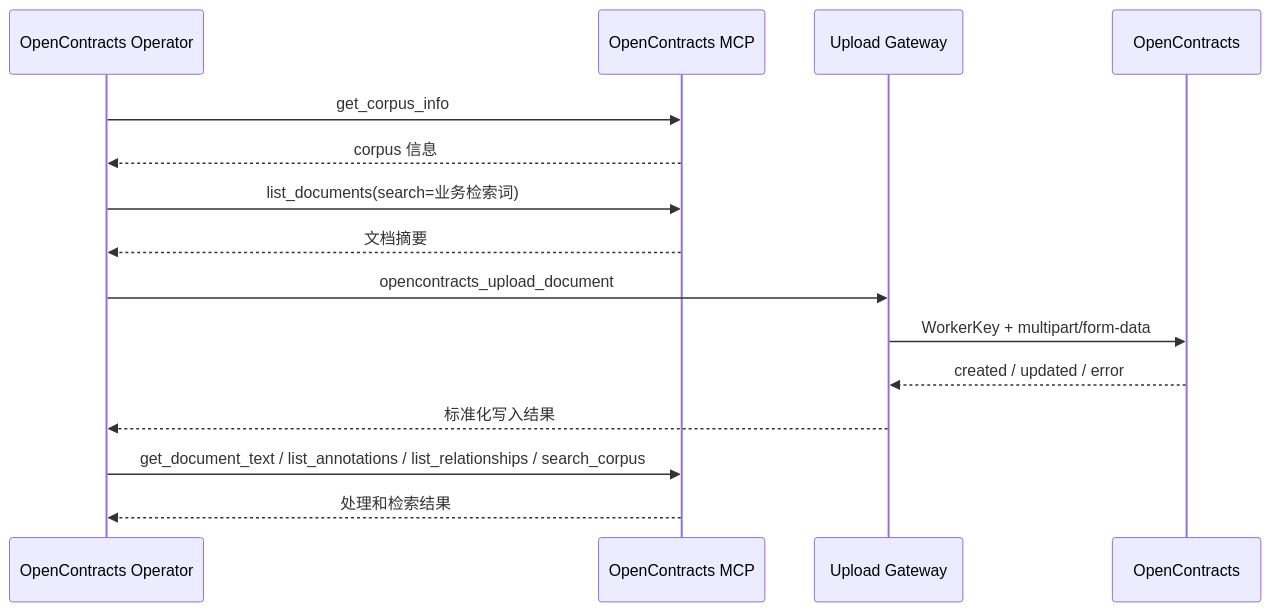
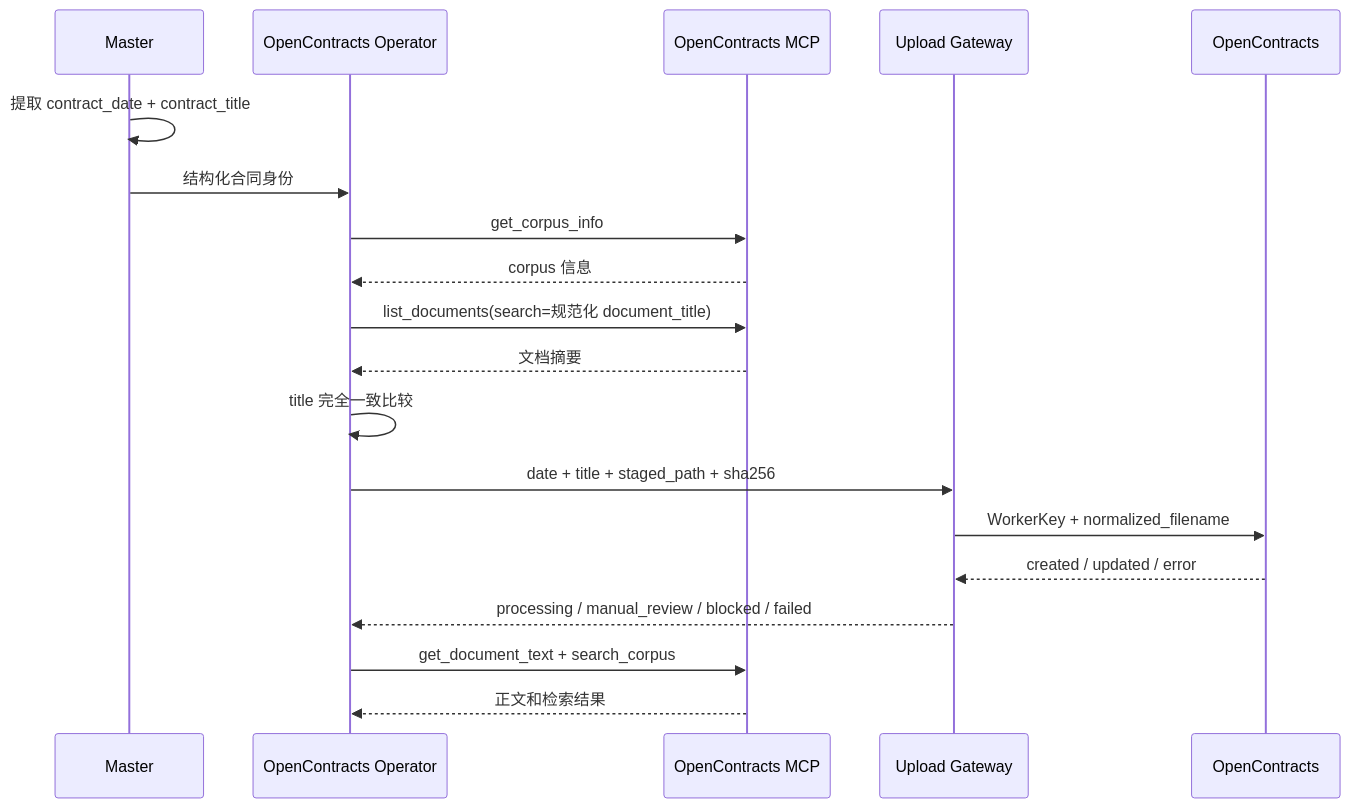
One commit to Ri0n72Y/ContractBotConfig changed the second of 3 diagrams in docs/architecture/opencontracts-integration.md. Above: the diagram before and after it, drawn with Mermaid. The commit also changed other lines of this file, not shown here.

Commit message:
docs: align OpenContracts integration identity and safety

````diff
--- a/docs/architecture/opencontracts-integration.md
+++ b/docs/architecture/opencontracts-integration.md
@@ -90,18 +99,22 @@
 ```mermaid
 sequenceDiagram
+    participant M as Master
     participant O as OpenContracts Operator
-    participant M as OpenContracts MCP
+    participant MCP as OpenContracts MCP
     participant G as Upload Gateway
     participant OC as OpenContracts
 
-    O->>M: get_corpus_info
-    M-->>O: corpus 信息
-    O->>M: list_documents(search=业务检索词)
-    M-->>O: 文档摘要
-    O->>G: opencontracts_upload_document
-    G->>OC: WorkerKey + multipart/form-data
+    M->>M: 提取 contract_date + contract_title
+    M->>O: 结构化合同身份
+    O->>MCP: get_corpus_info
+    MCP-->>O: corpus 信息
+    O->>MCP: list_documents(search=规范化 document_title)
+    MCP-->>O: 文档摘要
+    O->>O: title 完全一致比较
+    O->>G: date + title + staged_path + sha256
+    G->>OC: WorkerKey + normalized_filename
     OC-->>G: created / updated / error
-    G-->>O: 标准化写入结果
-    O->>M: get_document_text / list_annotations / list_relationships / search_corpus
-    M-->>O: 处理和检索结果
+    G-->>O: processing / manual_review / blocked / failed
+    O->>MCP: get_document_text + search_corpus
+    MCP-->>O: 正文和检索结果
 ```
````
